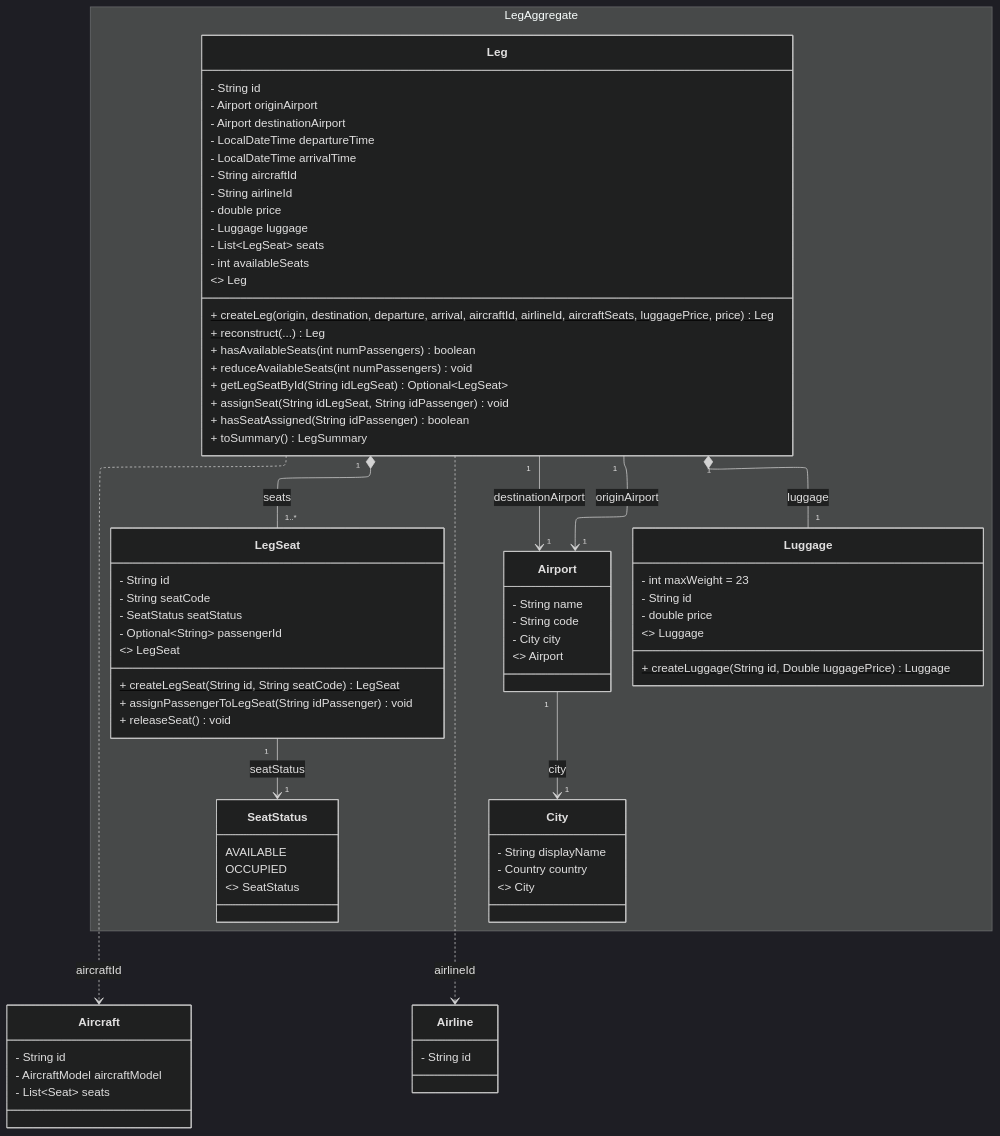
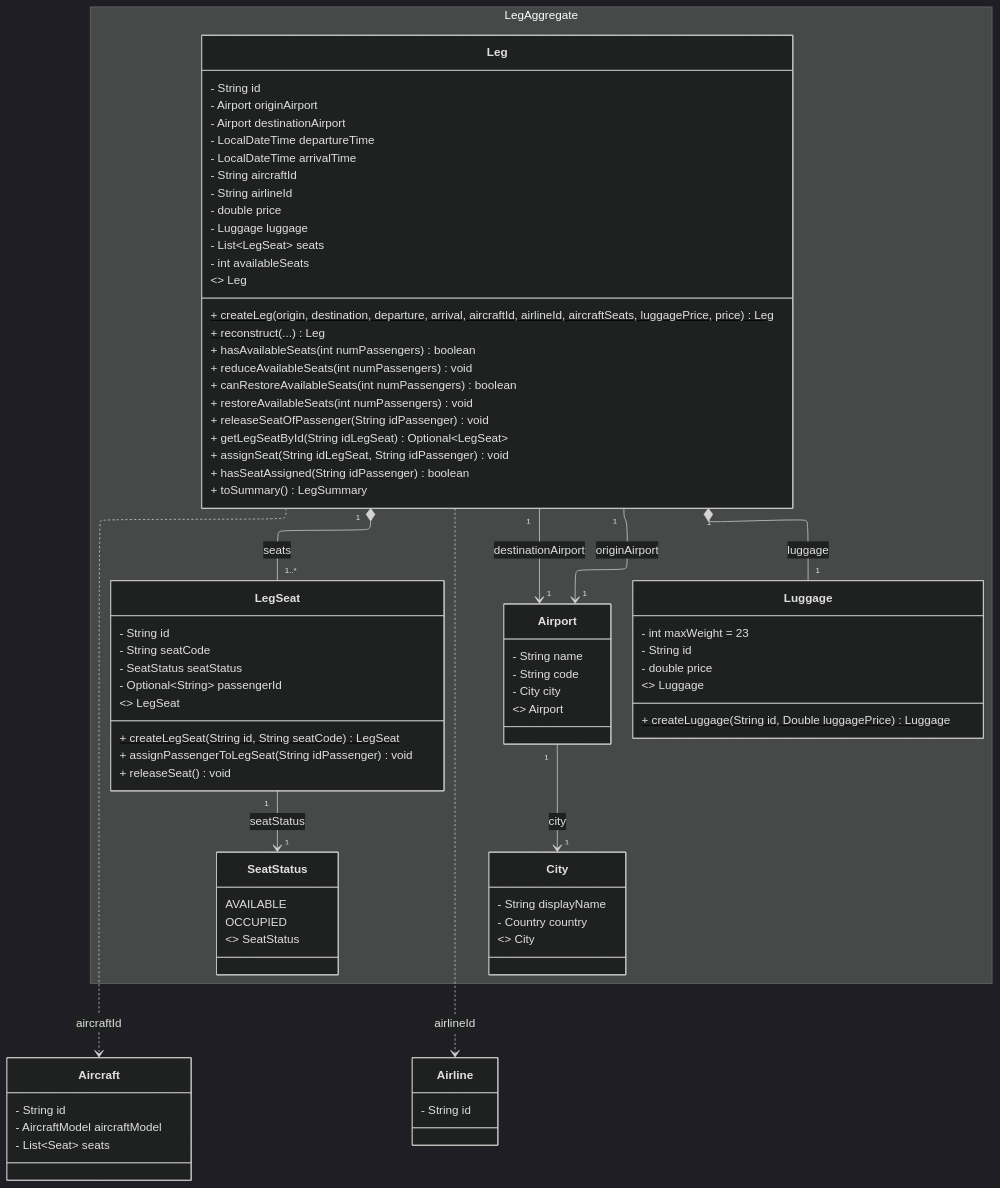
The diagram in docs/leg-aggregate/leg-agregate-code.md (Joab-SC/skyline), drawn with Mermaid (dark theme) before and after one commit. The commit also changed 5 other files, not shown here.

```diff
--- a/docs/leg-aggregate/leg-agregate-code.md
+++ b/docs/leg-aggregate/leg-agregate-code.md
@@ -22,6 +22,9 @@
             + reconstruct(...) Leg$
             + hasAvailableSeats(int numPassengers) boolean
             + reduceAvailableSeats(int numPassengers) void
+            + canRestoreAvailableSeats(int numPassengers) boolean
+            + restoreAvailableSeats(int numPassengers) void
+            + releaseSeatOfPassenger(String idPassenger) void
             + getLegSeatById(String idLegSeat) Optional~LegSeat~
             + assignSeat(String idLegSeat, String idPassenger) void
             + hasSeatAssigned(String idPassenger) boolean
```
